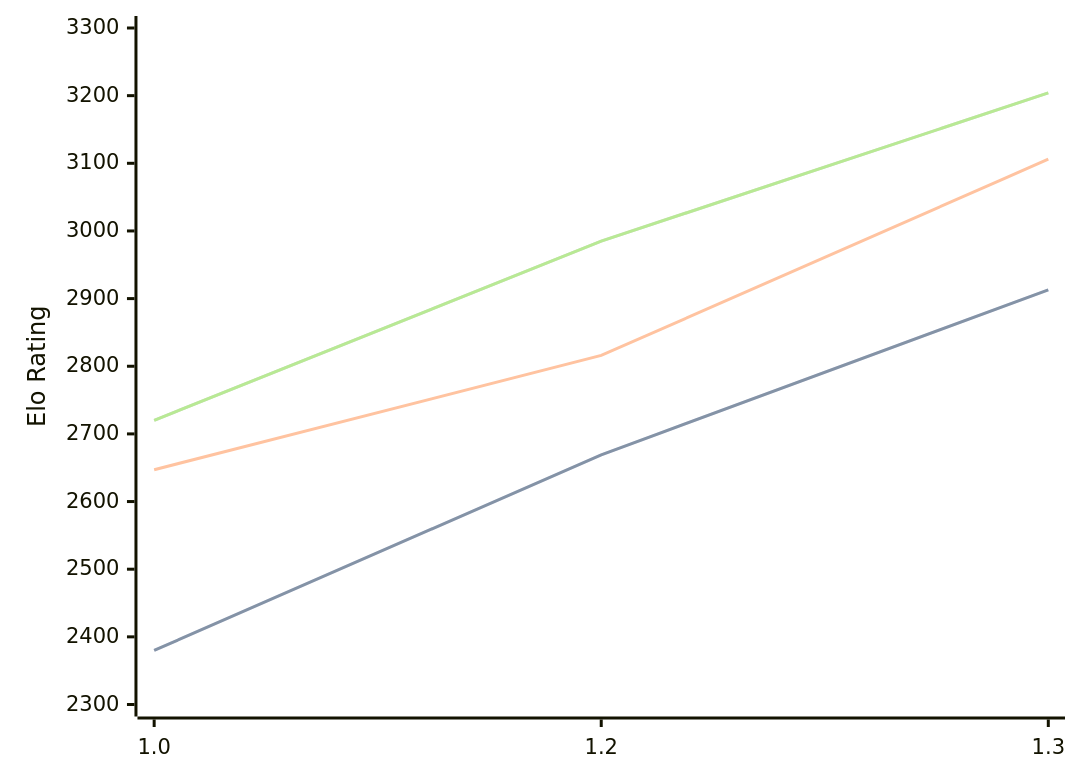
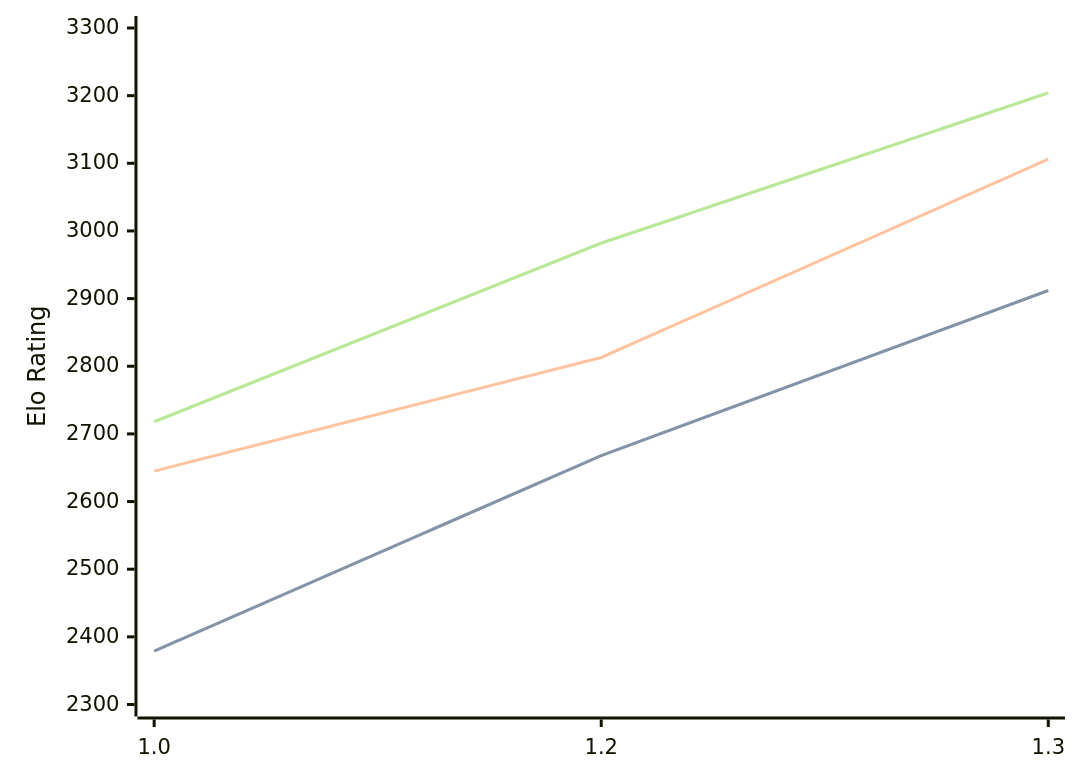
The diagram in engines/Chessnix.md (computer-chess-index/cci), drawn with Mermaid before and after one commit. The commit also changed other lines of this file, not shown here.

Commit message:
Update CCI Ratings (ELO VLTC) - 2026-02-18

````diff
--- a/engines/Chessnix.md
+++ b/engines/Chessnix.md
@@ -31,11 +31,11 @@
 ```mermaid
 %%{init: {"theme":"base","themeVariables":{"seriesColors:['#a3a3a3','#222221','#faa371']}}}%%
 xychart-beta
   x-axis ["1.0", "1.2", "1.3"]
   y-axis "Elo Rating" 2300 --> 3300
-  line "STC (8.0+0.08s)" [2380, 2669, 2913]
-  line "STC (8.0+0.08s)" [2380, 2669, 2913]
-  line "LTC (60.0+0.60s)" [2647, 2816, 3106]
-  line "VLTC (2m24s+1.12s)" [2720, 2985, 3204]
-  line "VLTC (2m24s+1.12s)" [2720, 2985, 3204]
+  line "STC (8.0+0.08s)" [2379, 2668, 2912]
+  line "STC (8.0+0.08s)" [2379, 2668, 2912]
+  line "LTC (60.0+0.60s)" [2645, 2813, 3106]
+  line "VLTC (2m24s+1.12s)" [2718, 2982, 3204]
+  line "VLTC (2m24s+1.12s)" [2718, 2982, 3204]
 ```
````
